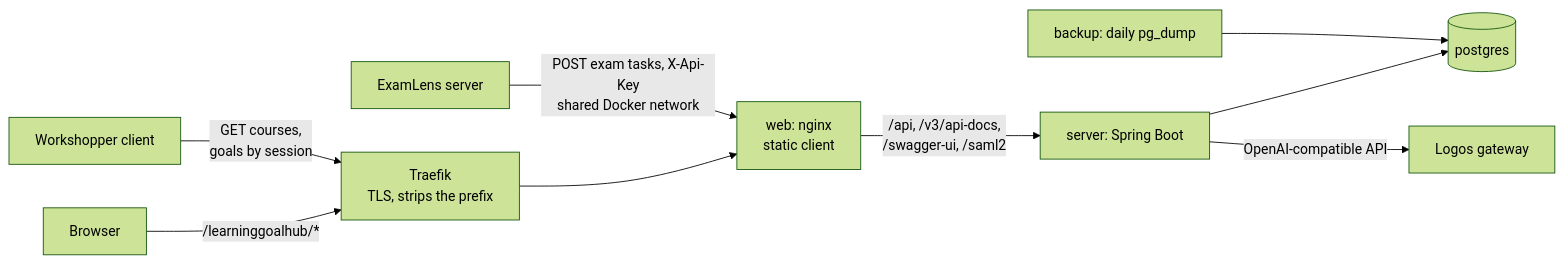
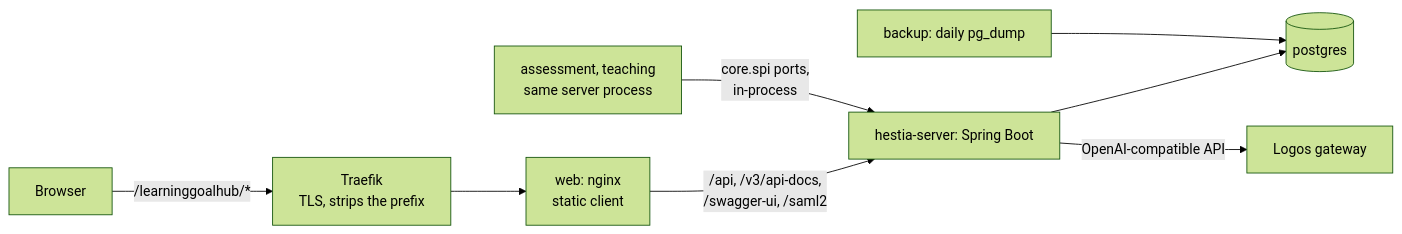
Before and after one commit to ls1intum/hestia: the first of 2 diagrams in apps/learninggoalhub/docs/ARCHITECTURE.md, drawn with Mermaid (forest theme). The commit also changed other lines of this file and 45 other files, not shown here.

First line of the commit message:
refactor(materials): ports, one login chain, module OpenAPI group, new test setup

````diff
--- a/apps/learninggoalhub/docs/ARCHITECTURE.md
+++ b/apps/learninggoalhub/docs/ARCHITECTURE.md
@@ -9,11 +9,10 @@
 ```mermaid
 flowchart LR
     browser[Browser] -->|"/learninggoalhub/*"| traefik[Traefik<br/>TLS, strips the prefix]
     traefik --> web[web: nginx<br/>static client]
-    web -->|"/api, /v3/api-docs,<br/>/swagger-ui, /saml2"| server[server: Spring Boot]
+    web -->|"/api, /v3/api-docs,<br/>/swagger-ui, /saml2"| server[hestia-server: Spring Boot]
     server --> db[(postgres)]
     backup[backup: daily pg_dump] --> db
     server -->|OpenAI-compatible API| logos[Logos gateway]
-    examlens[ExamLens server] -->|"POST exam tasks, X-Api-Key<br/>shared Docker network"| web
-    workshopper[Workshopper client] -->|"GET courses,<br/>goals by session"| traefik
+    modules[assessment, teaching<br/>same server process] -->|"core.spi ports,<br/>in-process"| server
 ```
````
